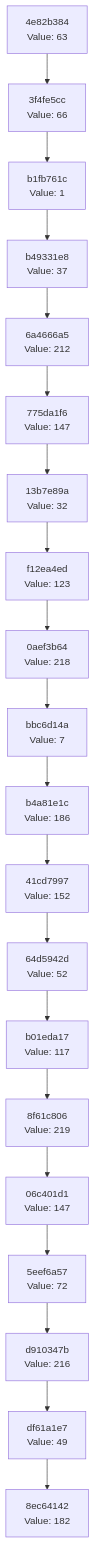
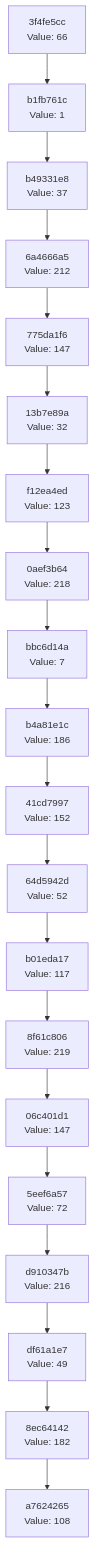
One commit to Abhisheksinha1506/hash-chain-evolver changed the diagram in docs/CHAIN_VISUALIZATION.md. Above: the diagram before and after it, drawn with Mermaid. The commit also changed 3 other files, not shown here.

````diff
--- a/docs/CHAIN_VISUALIZATION.md
+++ b/docs/CHAIN_VISUALIZATION.md
@@ -3,42 +3,42 @@
 ```mermaid
 graph TD
-    C0["8ec64142<br/>Value: 182"]
-    C1["df61a1e7<br/>Value: 49"]
+    C0["a7624265<br/>Value: 108"]
+    C1["8ec64142<br/>Value: 182"]
     C1 --> C0
-    C2["d910347b<br/>Value: 216"]
+    C2["df61a1e7<br/>Value: 49"]
     C2 --> C1
-    C3["5eef6a57<br/>Value: 72"]
+    C3["d910347b<br/>Value: 216"]
     C3 --> C2
-    C4["06c401d1<br/>Value: 147"]
+    C4["5eef6a57<br/>Value: 72"]
     C4 --> C3
-    C5["8f61c806<br/>Value: 219"]
+    C5["06c401d1<br/>Value: 147"]
     C5 --> C4
-    C6["b01eda17<br/>Value: 117"]
+    C6["8f61c806<br/>Value: 219"]
     C6 --> C5
-    C7["64d5942d<br/>Value: 52"]
+    C7["b01eda17<br/>Value: 117"]
     C7 --> C6
-    C8["41cd7997<br/>Value: 152"]
+    C8["64d5942d<br/>Value: 52"]
     C8 --> C7
-    C9["b4a81e1c<br/>Value: 186"]
+    C9["41cd7997<br/>Value: 152"]
     C9 --> C8
-    C10["bbc6d14a<br/>Value: 7"]
+    C10["b4a81e1c<br/>Value: 186"]
     C10 --> C9
-    C11["0aef3b64<br/>Value: 218"]
+    C11["bbc6d14a<br/>Value: 7"]
     C11 --> C10
-    C12["f12ea4ed<br/>Value: 123"]
+    C12["0aef3b64<br/>Value: 218"]
     C12 --> C11
-    C13["13b7e89a<br/>Value: 32"]
+    C13["f12ea4ed<br/>Value: 123"]
     C13 --> C12
-    C14["775da1f6<br/>Value: 147"]
+    C14["13b7e89a<br/>Value: 32"]
     C14 --> C13
-    C15["6a4666a5<br/>Value: 212"]
+    C15["775da1f6<br/>Value: 147"]
     C15 --> C14
-    C16["b49331e8<br/>Value: 37"]
+    C16["6a4666a5<br/>Value: 212"]
     C16 --> C15
-    C17["b1fb761c<br/>Value: 1"]
+    C17["b49331e8<br/>Value: 37"]
     C17 --> C16
-    C18["3f4fe5cc<br/>Value: 66"]
+    C18["b1fb761c<br/>Value: 1"]
     C18 --> C17
-    C19["4e82b384<br/>Value: 63"]
+    C19["3f4fe5cc<br/>Value: 66"]
     C19 --> C18
 ```
````
